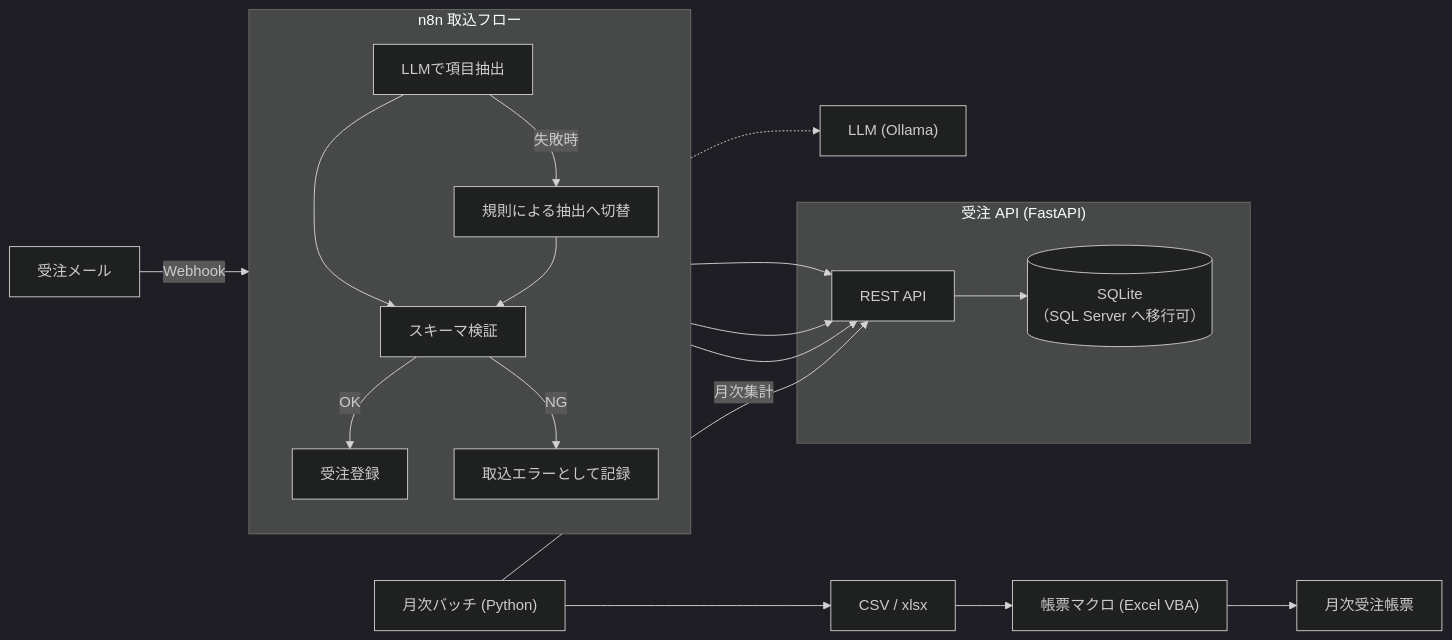
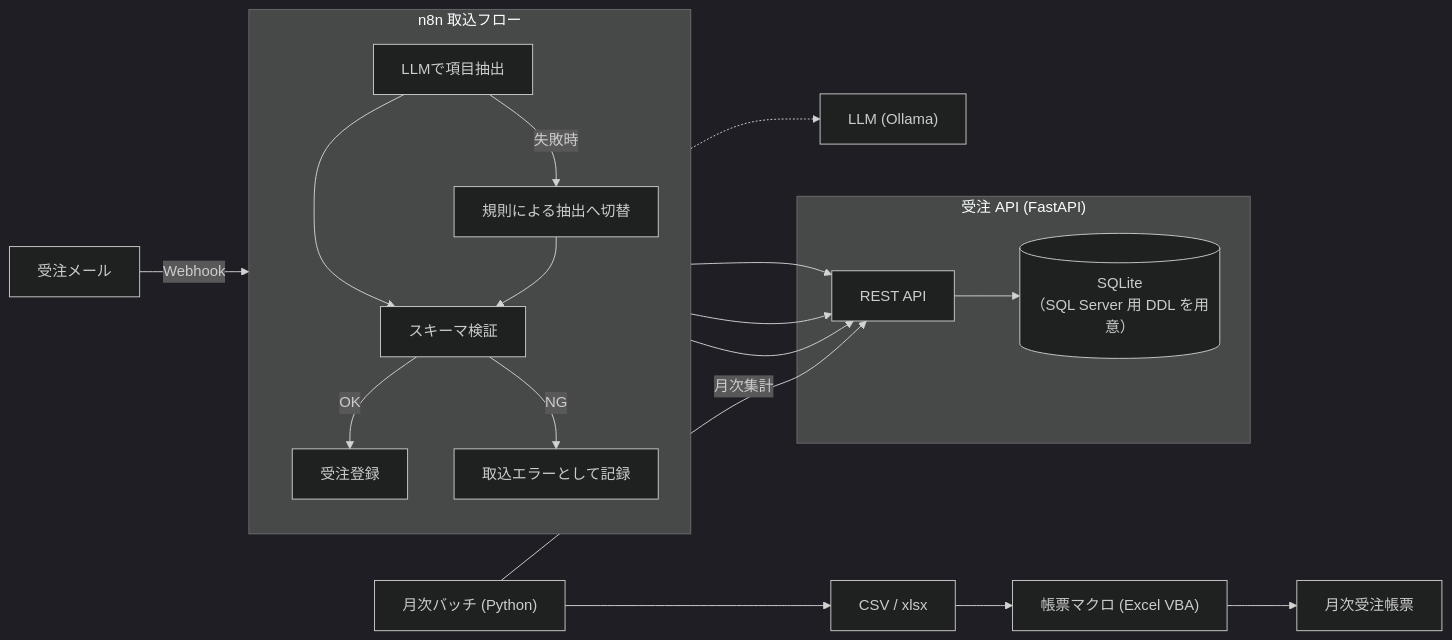
One commit to takato-y/order-intake-system changed the diagram in README.md. Above: the diagram before and after it, drawn with Mermaid (dark theme). The commit also changed other lines of this file and 6 other files, not shown here.

````diff
--- a/README.md
+++ b/README.md
@@ -20,22 +20,22 @@
 ```mermaid
 flowchart LR
     MAIL["受注メール"] -->|Webhook| N8N
     subgraph N8N["n8n 取込フロー"]
         direction TB
         L[LLMで項目抽出] -->|失敗時| F[規則による抽出へ切替]
         L --> V[スキーマ検証]
         F --> V
         V -->|OK| P[受注登録]
         V -->|NG| E[取込エラーとして記録]
     end
     L -.-> OLLAMA["LLM (Ollama)"]
     P --> API
     F --> API
     E --> API
     subgraph APP["受注 API (FastAPI)"]
-        API[REST API] --> DB[("SQLite<br/>（SQL Server へ移行可）")]
+        API[REST API] --> DB[("SQLite<br/>（SQL Server 用 DDL を用意）")]
     end
     BATCH["月次バッチ (Python)"] -->|月次集計| API
     BATCH --> CSV["CSV / xlsx"]
     CSV --> VBA["帳票マクロ (Excel VBA)"] --> RPT["月次受注帳票"]
 ```
````
